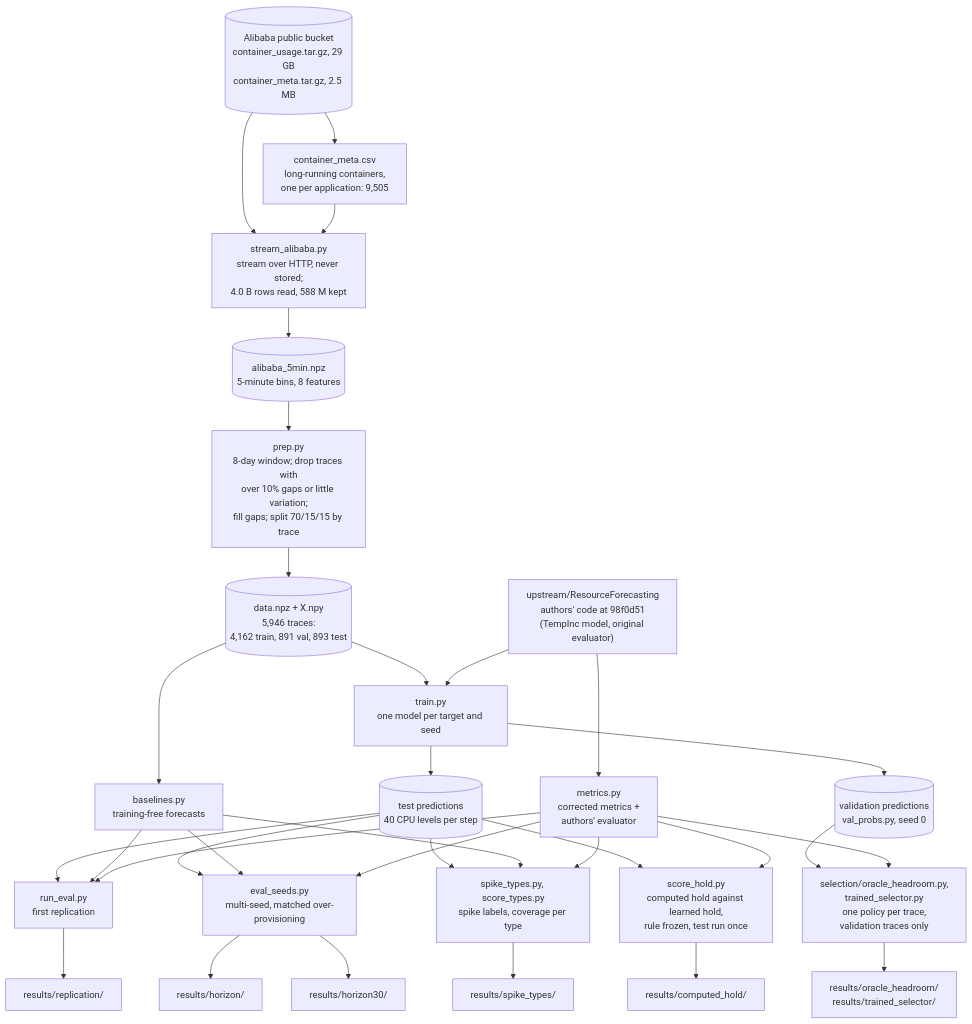
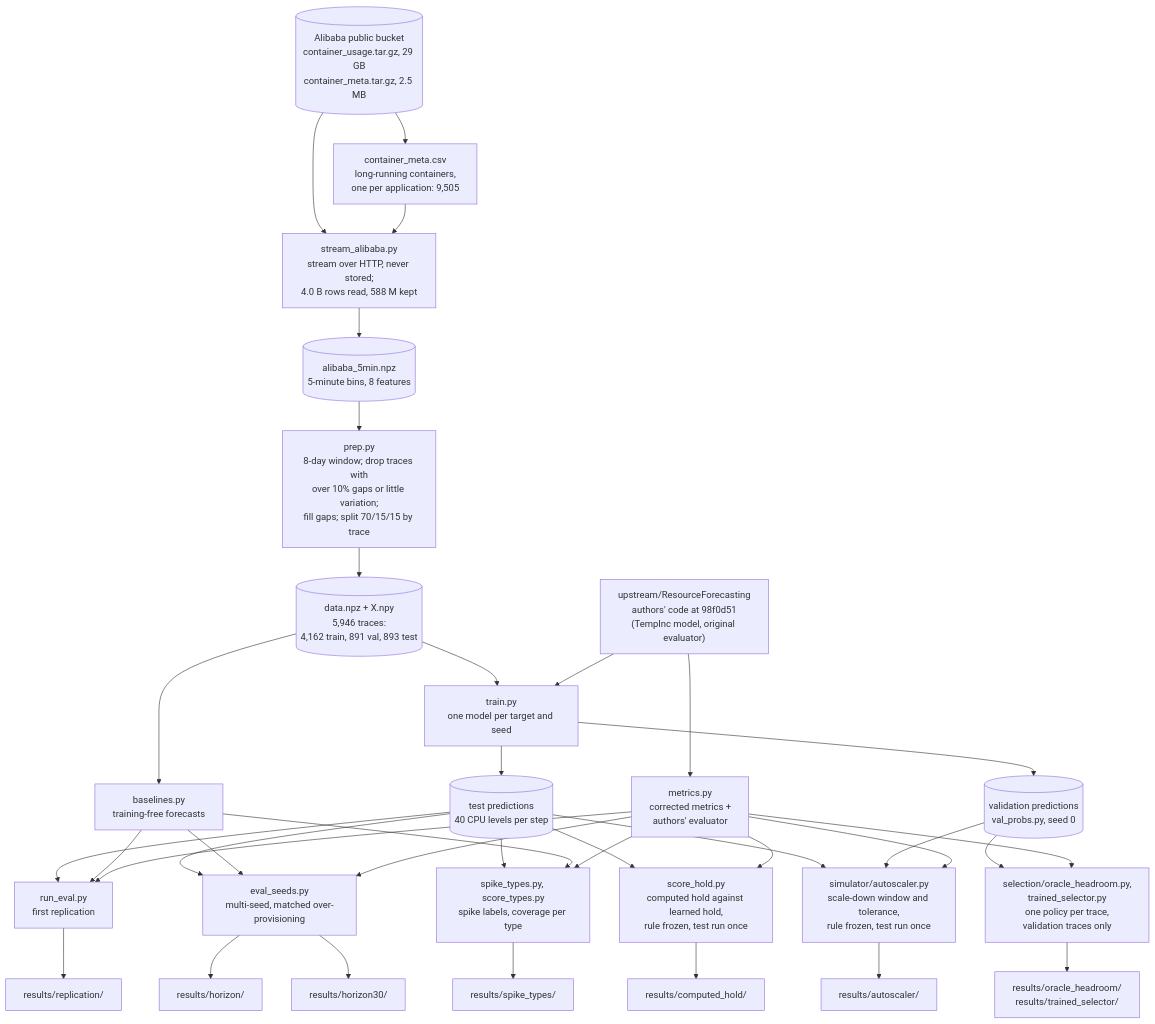
Before and after one commit to ashutosharma2/SpikeCheck: the first of 5 diagrams in docs/architecture.md, drawn with Mermaid. The commit also changed other lines of this file and 6 other files, not shown here.

````diff
--- a/docs/architecture.md
+++ b/docs/architecture.md
@@ -26,57 +26,63 @@
 ```mermaid
 flowchart TD
     OSS[("Alibaba public bucket<br/>container_usage.tar.gz, 29 GB<br/>container_meta.tar.gz, 2.5 MB")]
     META["container_meta.csv<br/>long-running containers,<br/>one per application: 9,505"]
     STREAM["stream_alibaba.py<br/>stream over HTTP, never stored;<br/>4.0 B rows read, 588 M kept"]
     AGG[("alibaba_5min.npz<br/>5-minute bins, 8 features")]
     PREP["prep.py<br/>8-day window; drop traces with<br/>over 10% gaps or little variation;<br/>fill gaps; split 70/15/15 by trace"]
     DATA[("data.npz + X.npy<br/>5,946 traces:<br/>4,162 train, 891 val, 893 test")]
     UP["upstream/ResourceForecasting<br/>authors' code at 98f0d51<br/>(TempInc model, original evaluator)"]
     TRAIN["train.py<br/>one model per target and seed"]
     PROBS[("test predictions<br/>40 CPU levels per step")]
     BASE["baselines.py<br/>training-free forecasts"]
     EVAL1["run_eval.py<br/>first replication"]
     EVAL2["eval_seeds.py<br/>multi-seed, matched over-provisioning"]
     M["metrics.py<br/>corrected metrics +<br/>authors' evaluator"]
     R1["results/replication/"]
     R2["results/horizon/"]
     R3["results/horizon30/"]
     EVAL3["spike_types.py, score_types.py<br/>spike labels, coverage per type"]
     R4["results/spike_types/"]
     EVAL4["score_hold.py<br/>computed hold against learned hold,<br/>rule frozen, test run once"]
     R5["results/computed_hold/"]
     VAL[("validation predictions<br/>val_probs.py, seed 0")]
     EVAL5["selection/oracle_headroom.py,<br/>trained_selector.py<br/>one policy per trace,<br/>validation traces only"]
     R6["results/oracle_headroom/<br/>results/trained_selector/"]
+    EVAL6["simulator/autoscaler.py<br/>scale-down window and tolerance,<br/>rule frozen, test run once"]
+    R7["results/autoscaler/"]
 
     OSS --> META
     OSS --> STREAM
     META --> STREAM
     STREAM --> AGG --> PREP --> DATA
     DATA --> TRAIN
     UP --> TRAIN
     TRAIN --> PROBS
     PROBS --> EVAL1
     PROBS --> EVAL2
     DATA --> BASE
     BASE --> EVAL1
     BASE --> EVAL2
     M --> EVAL1
     M --> EVAL2
     UP --> M
     EVAL1 --> R1
     EVAL2 --> R2
     EVAL2 --> R3
     PROBS --> EVAL3
     BASE --> EVAL3
     M --> EVAL3
     EVAL3 --> R4
     PROBS --> EVAL4
     M --> EVAL4
     EVAL4 --> R5
     TRAIN --> VAL
     VAL --> EVAL5
     M --> EVAL5
     EVAL5 --> R6
+    PROBS --> EVAL6
+    VAL --> EVAL6
+    M --> EVAL6
+    EVAL6 --> R7
 
 ```
````
